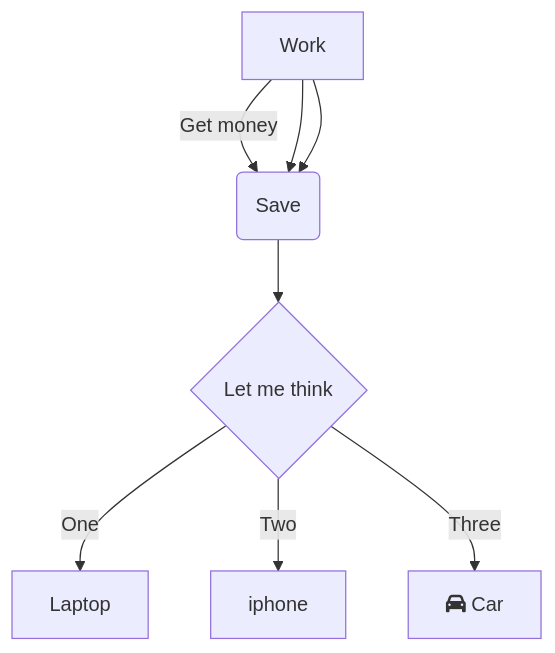
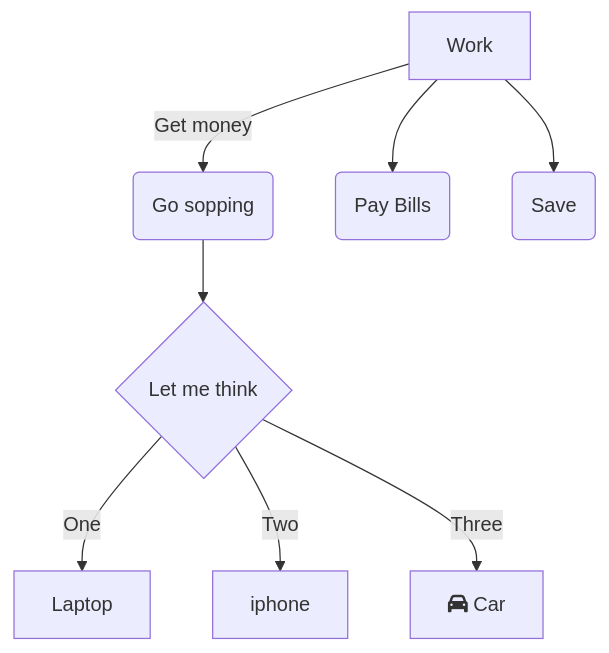
The diagram in Diagram.md (Epperezmoreno/epperezmoreno.github.io), drawn with Mermaid before and after one commit.

Commit message:
Update Diagram.md
changed letters

````diff
--- a/Diagram.md
+++ b/Diagram.md
@@ -1,11 +1,11 @@
 ```mermaid
 flowchart TD 
 A[Work] -->|Get money| B(Go sopping)
-A --> B(Pay Bills)
-A --> B(Save)
-B --> C{Let me think}
-C -->|One| D[Laptop]
-C -->|Two| E[iphone]
-C -->|Three| F[fa:fa-car Car]
+A --> C(Pay Bills)
+A --> D(Save)
+B --> E{Let me think}
+E -->|One| F[Laptop]
+E -->|Two| G[iphone]
+E -->|Three| H[fa:fa-car Car]
 
 ```
````
